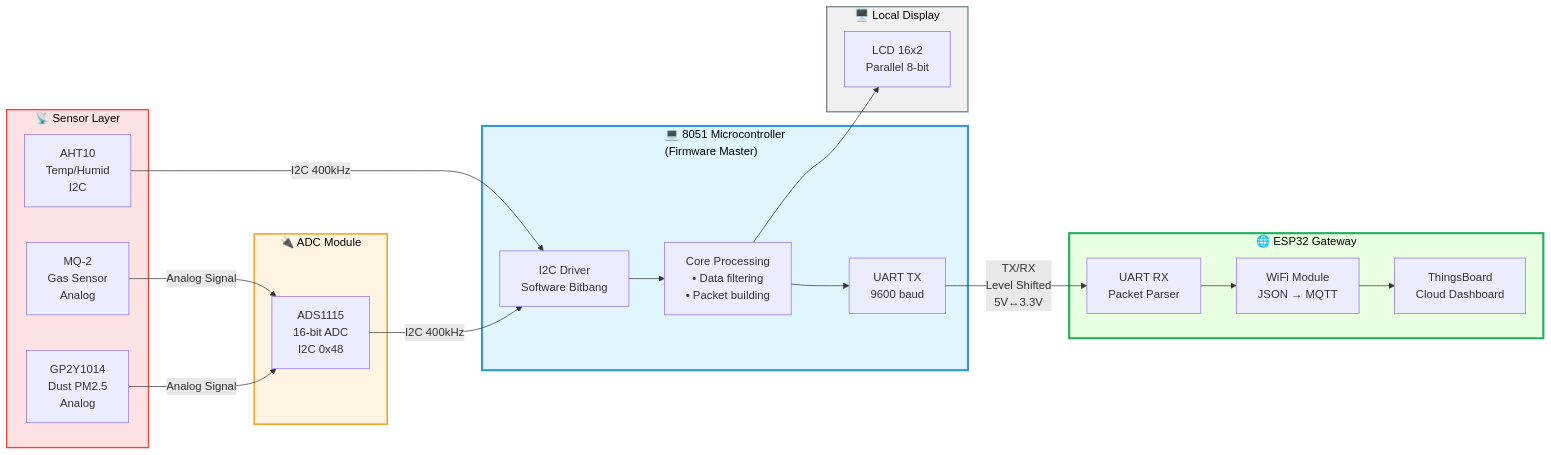
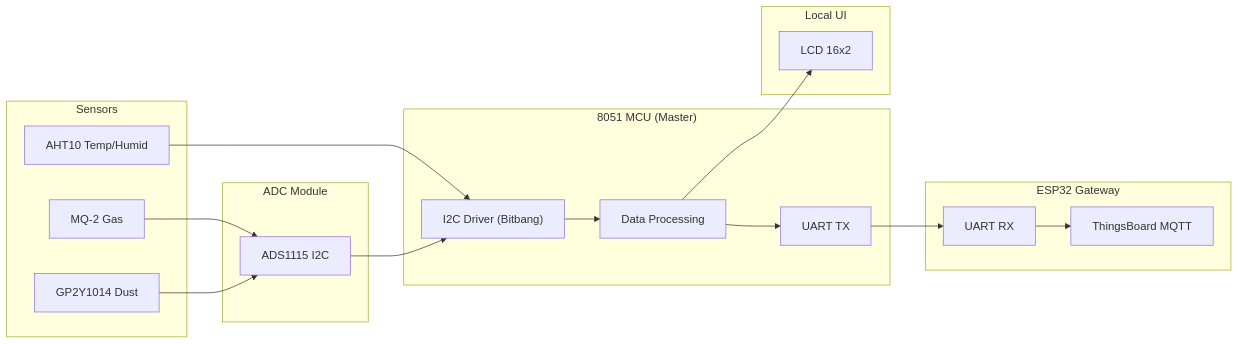
One commit to duytan1412/Air-Quality-8051 changed the diagram in README.md. Above: the diagram before and after it, drawn with Mermaid. The commit also changed other lines of this file and 7 other files, not shown here.

Commit message:
Refactor: optimize firmware architecture, enhance peripheral drivers (I2C/UART), and update documentation

````diff
--- a/README.md
+++ b/README.md
@@ -31,47 +9,39 @@
 ```mermaid
 flowchart LR
-    subgraph Sensors["📡 Sensor Layer"]
-        MQ2[MQ-2<br/>Gas Sensor<br/>Analog]
-        DUST[GP2Y1014<br/>Dust PM2.5<br/>Analog]
-        AHT[AHT10<br/>Temp/Humid<br/>I2C]
+    subgraph Sensors["Sensors"]
+        MQ2[MQ-2 Gas]
+        DUST[GP2Y1014 Dust]
+        AHT[AHT10 Temp/Humid]
     end
     
-    subgraph ADC["🔌 ADC Module"]
-        ADS[ADS1115<br/>16-bit ADC<br/>I2C 0x48]
+    subgraph ADC["ADC Module"]
+        ADS[ADS1115 I2C]
     end
     
-    subgraph MCU["💻 8051 Microcontroller<br/>(Firmware Master)"]
-        I2C_DRV[I2C Driver<br/>Software Bitbang]
-        CORE[Core Processing<br/>• Data filtering<br/>• Packet building]
-        UART_TX[UART TX<br/>9600 baud]
+    subgraph MCU["8051 MCU (Master)"]
+        I2C_DRV["I2C Driver (Bitbang)"]
+        CORE["Data Processing"]
+        UART_TX["UART TX"]
     end
     
-    subgraph Display["🖥️ Local Display"]
-        LCD[LCD 16x2<br/>Parallel 8-bit]
+    subgraph Display["Local UI"]
+        LCD["LCD 16x2"]
     end
     
-    subgraph Gateway["🌐 ESP32 Gateway"]
-        UART_RX[UART RX<br/>Packet Parser]
-        WIFI[WiFi Module<br/>JSON → MQTT]
-        CLOUD[ThingsBoard<br/>Cloud Dashboard]
+    subgraph Gateway["ESP32 Gateway"]
+        UART_RX["UART RX"]
+        CLOUD["ThingsBoard MQTT"]
     end
     
-    MQ2 -->|Analog Signal| ADS
-    DUST -->|Analog Signal| ADS
-    AHT -->|I2C 400kHz| I2C_DRV
-    ADS -->|I2C 400kHz| I2C_DRV
+    MQ2 --> ADS
+    DUST --> ADS
+    AHT --> I2C_DRV
+    ADS --> I2C_DRV
     
     I2C_DRV --> CORE
     CORE --> LCD
     CORE --> UART_TX
     
-    UART_TX -->|TX/RX<br/>Level Shifted<br/>5V↔3.3V| UART_RX
-    UART_RX --> WIFI
-    WIFI --> CLOUD
-    
-    style MCU fill:#e1f5ff,stroke:#3498db,stroke-width:3px,color:#000
-    style Gateway fill:#e8ffe1,stroke:#27ae60,stroke-width:3px,color:#000
-    style ADC fill:#fff4e1,stroke:#f39c12,stroke-width:2px,color:#000
-    style Sensors fill:#fde2e4,stroke:#e74c3c,stroke-width:2px,color:#000
-    style Display fill:#f0f0f0,stroke:#7f8c8d,stroke-width:2px,color:#000
+    UART_TX --> UART_RX
+    UART_RX --> CLOUD
 ```
````
